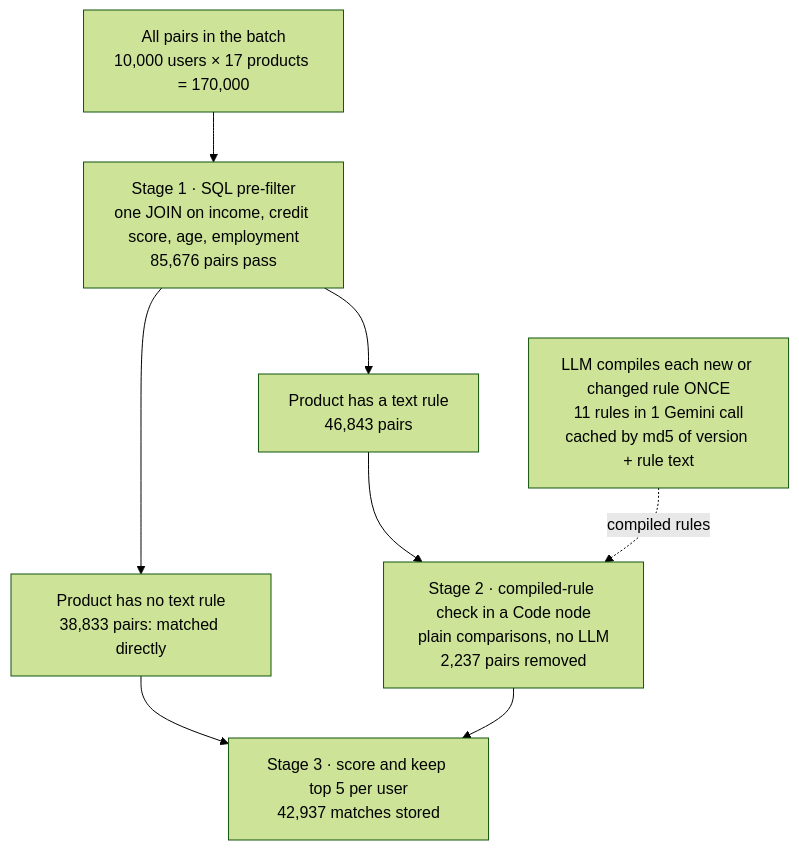
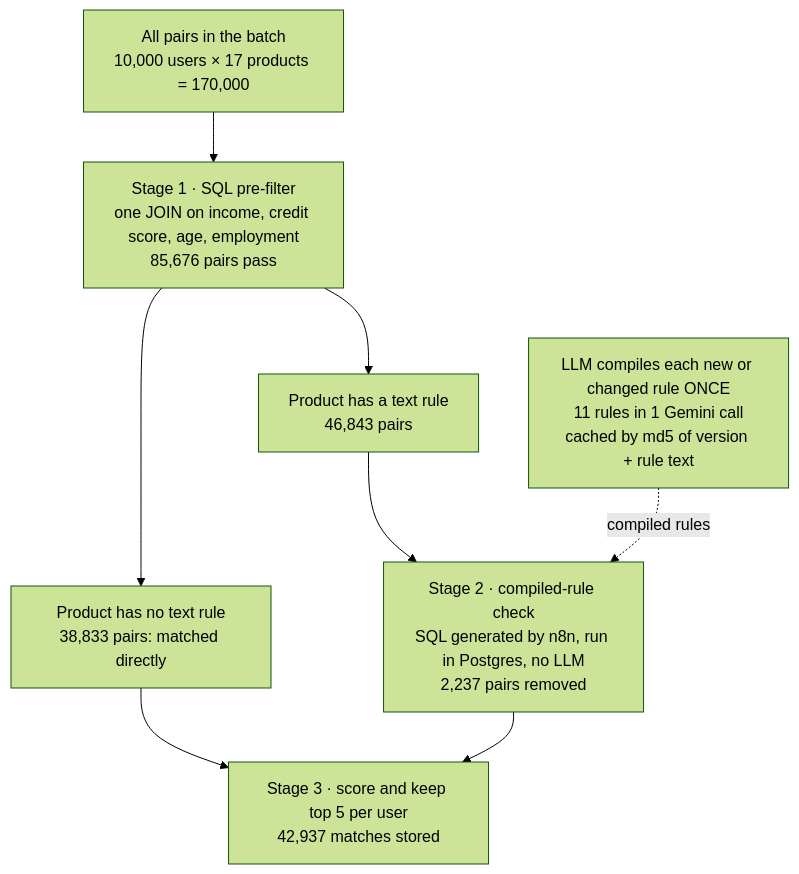
Before and after one commit to Vaibhavanandsingh/loan-eligibility-engine: the third of 4 diagrams in README.md, drawn with Mermaid (forest theme). The commit also changed other lines of this file and 2 other files, not shown here.

````diff
--- a/README.md
+++ b/README.md
@@ -343,18 +346,18 @@
 ```mermaid
 flowchart TB
   R["All pairs in the batch<br/>10,000 users × 17 products = 170,000"]
   S["Stage 1 · SQL pre-filter<br/>one JOIN on income, credit score, age, employment<br/>85,676 pairs pass"]
   H["Product has no text rule<br/>38,833 pairs: matched directly"]
   T["Product has a text rule<br/>46,843 pairs"]
-  CR["Stage 2 · compiled-rule check in a Code node<br/>plain comparisons, no LLM<br/>2,237 pairs removed"]
+  CR["Stage 2 · compiled-rule check<br/>SQL generated by n8n, run in Postgres, no LLM<br/>2,237 pairs removed"]
   K["Stage 3 · score and keep top 5 per user<br/>42,937 matches stored"]
   LLM["LLM compiles each new or changed rule ONCE<br/>11 rules in 1 Gemini call<br/>cached by md5 of version + rule text"]
 
   R --> S
   S --> H
   S --> T
   T --> CR
   H --> K
   CR --> K
   LLM -. "compiled rules" .-> CR
 ```
````
